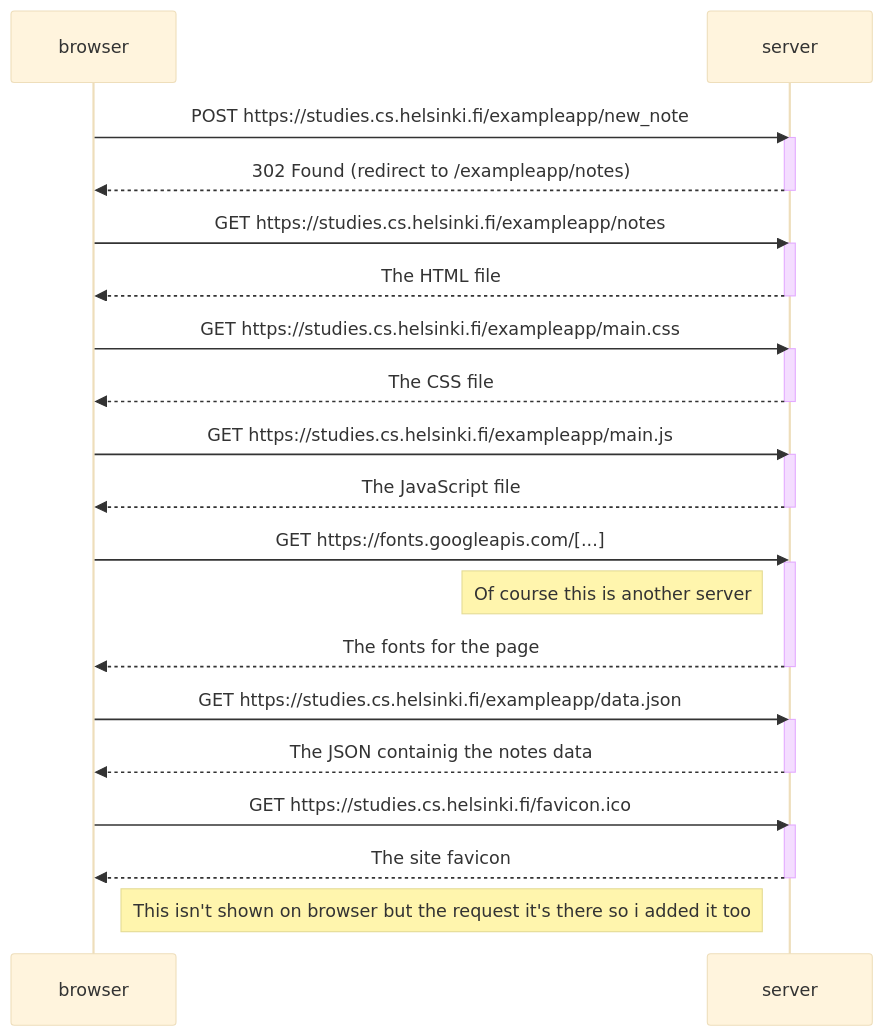
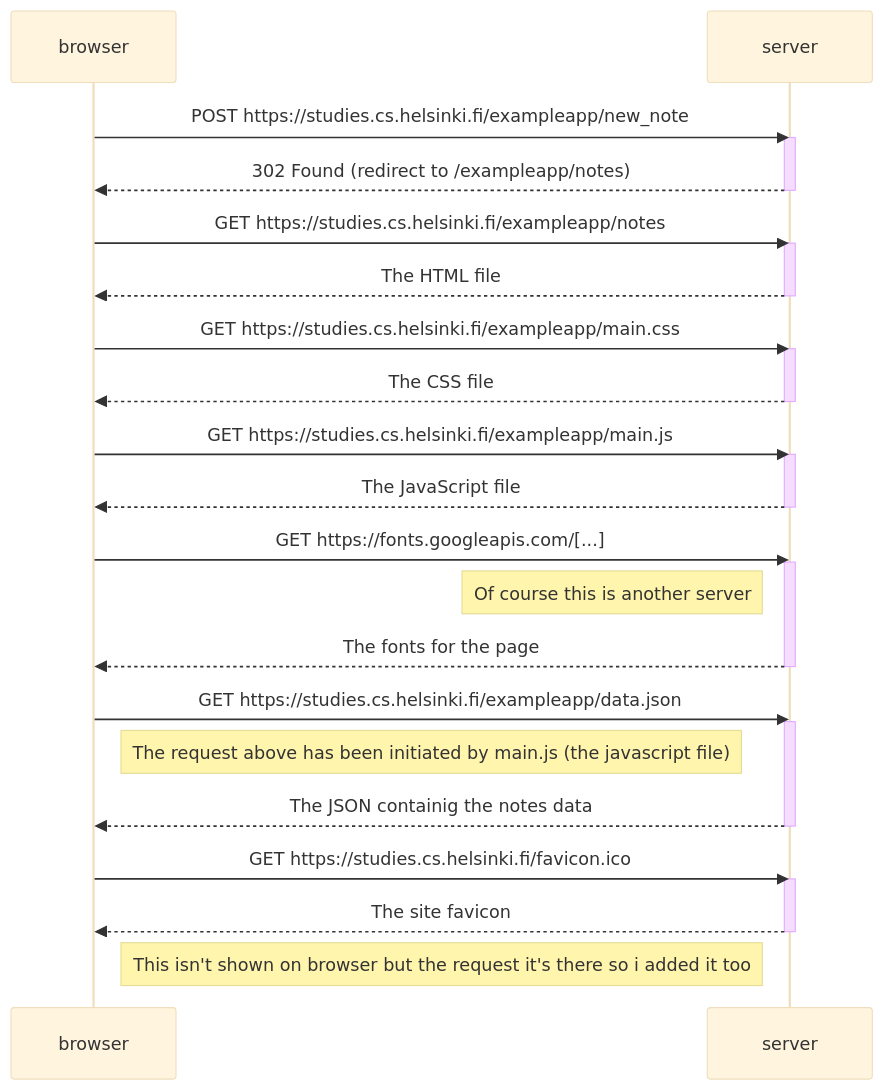
Before and after one commit to ololiuhqui/fullstackopen-javascript-course-exercises: the diagram in part0/0.4-new-note-diagram.md, drawn with Mermaid (base theme).

Commit message:
added note for data.json initiator

````diff
--- a/part0/0.4-new-note-diagram.md
+++ b/part0/0.4-new-note-diagram.md
@@ -3,46 +3,47 @@
 ```mermaid
 
 sequenceDiagram
 participant browser
 participant server
 
 browser->>server: POST https://studies.cs.helsinki.fi/exampleapp/new_note
 activate server
 server-->>browser: 302 Found (redirect to /exampleapp/notes)
 deactivate server
 
 browser->>server: GET https://studies.cs.helsinki.fi/exampleapp/notes
 activate server
 server-->>browser: The HTML file
 deactivate server
 
 browser->>server: GET https://studies.cs.helsinki.fi/exampleapp/main.css
 activate server
 server-->>browser: The CSS file
 deactivate server
 
 browser->>server: GET https://studies.cs.helsinki.fi/exampleapp/main.js
 activate server
 server-->>browser: The JavaScript file
 deactivate server
 
 browser->>server: GET https://fonts.googleapis.com/[...]
 activate server
 note left of server: Of course this is another server
 server-->>browser: The fonts for the page
 deactivate server
 
 browser->>server: GET https://studies.cs.helsinki.fi/exampleapp/data.json
 activate server
+note right of browser: The request above has been initiated by main.js (the javascript file)
 server-->>browser: The JSON containig the notes data
 deactivate server
 
 browser->>server: GET https://studies.cs.helsinki.fi/favicon.ico
 activate server
 server-->>browser: The site favicon
 deactivate server
 
 note right of browser: This isn't shown on browser but the request it's there so i added it too
 
 
 ```
````
